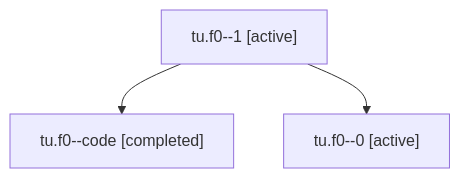
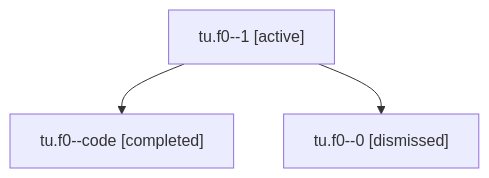
Before and after one commit to bobs-org/bob-cli--agents: the diagram in sessions/bbugyi200.athena.tu.f0.md, drawn with Mermaid. The commit also changed other lines of this file and 40 other files, not shown here.

````diff
--- a/sessions/bbugyi200.athena.tu.f0.md
+++ b/sessions/bbugyi200.athena.tu.f0.md
@@ -9,8 +9,8 @@
 ```mermaid
 flowchart TD
   n0["tu.f0--1 [active]"]
   n1["tu.f0--code [completed]"]
   n0 --> n1
-  n2["tu.f0--0 [active]"]
+  n2["tu.f0--0 [dismissed]"]
   n0 --> n2
 ```
````
